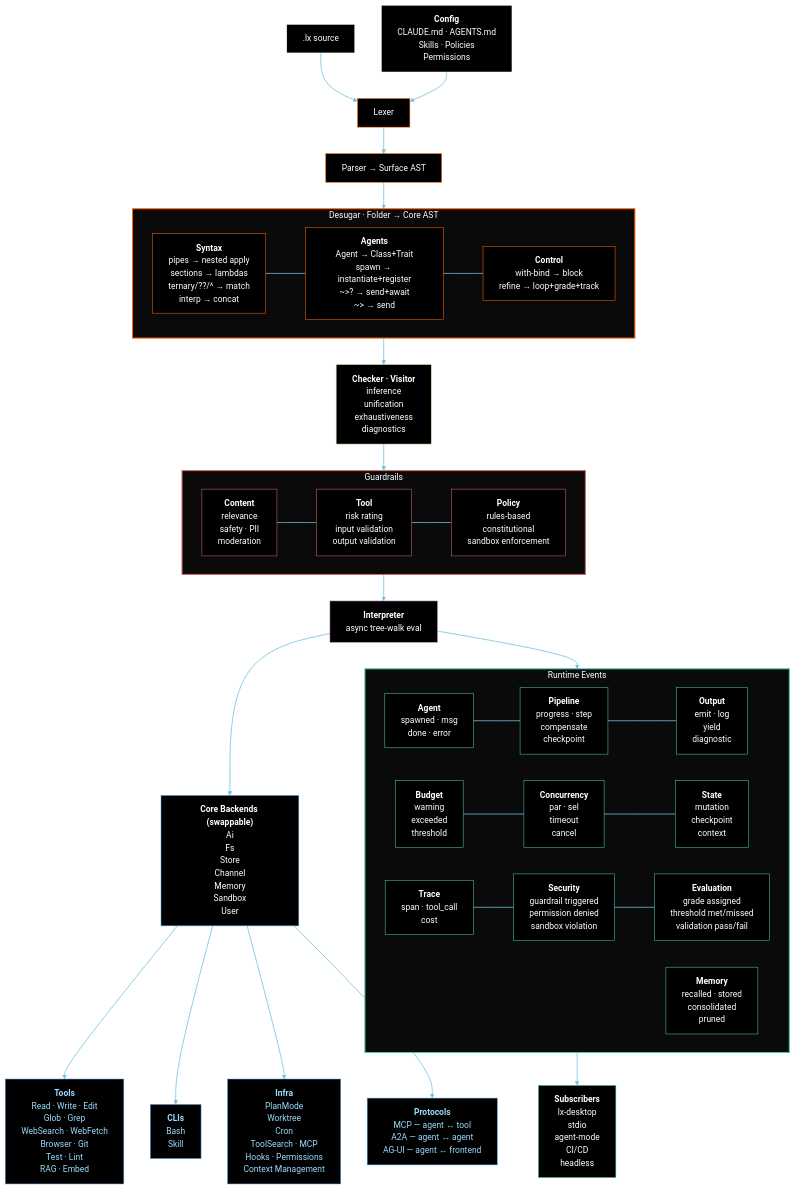
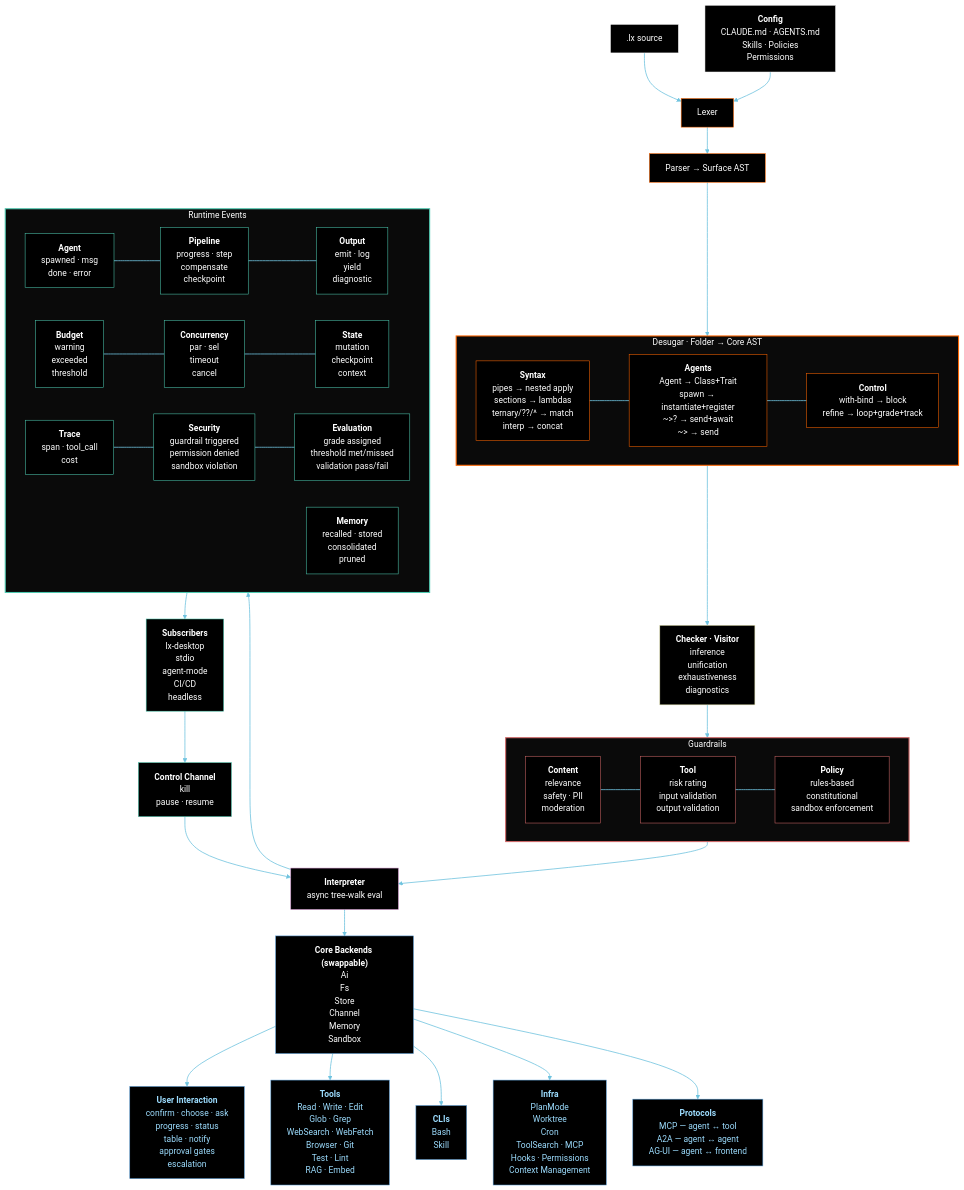
Before and after one commit to Distortedlogic/lx: the diagram in DIAGRAM.mmd, drawn with Mermaid. The commit also changed 41 other files, not shown here.

Commit message:
Update DIAGRAM.mmd, DIAGRAM.png, WORKFLOW.mmd, and 39 more files

```diff
--- a/DIAGRAM.mmd
+++ b/DIAGRAM.mmd
@@ -1,155 +1,166 @@
 graph TD
     source[".lx source"]:::white
     config["`**Config**
 CLAUDE.md · AGENTS.md
 Skills · Policies
 Permissions`"]:::white
     source --> lexer["Lexer"]:::orange
     config --> lexer
     lexer --> parser["Parser → Surface AST"]:::orange
     parser --> desugars
 
     subgraph desugars ["Desugar · Folder → Core AST"]
         direction LR
         ds_syntax["`**Syntax**
 pipes → nested apply
 sections → lambdas
 ternary/??/^ → match
 interp → concat`"]:::orange
         ds_agents["`**Agents**
 Agent → Class+Trait
 spawn → instantiate+register
 ~>? → send+await
 ~> → send`"]:::orange
         ds_control["`**Control**
 with-bind → block
 refine → loop+grade+track`"]:::orange
         ds_syntax ~~~ ds_agents ~~~ ds_control
     end
 
     desugars --> checker["`**Checker · Visitor**
 inference
 unification
 exhaustiveness
 diagnostics`"]:::yellow
     checker --> guardrails
 
     subgraph guardrails ["Guardrails"]
         direction LR
         gr_content["`**Content**
 relevance
 safety · PII
 moderation`"]:::red
         gr_tool["`**Tool**
 risk rating
 input validation
 output validation`"]:::red
         gr_policy["`**Policy**
 rules-based
 constitutional
 sandbox enforcement`"]:::red
         gr_content ~~~ gr_tool ~~~ gr_policy
     end
 
     guardrails --> interpreter["`**Interpreter**
 async tree-walk eval`"]:::purple
 
     interpreter --> backends["`**Core Backends (swappable)**
 Ai
 Fs
 Store
 Channel
 Memory
-Sandbox
-User`"]:::blue
+Sandbox`"]:::blue
     interpreter --> events
+
+    backends --> user["`**User Interaction**
+confirm · choose · ask
+progress · status
+table · notify
+approval gates
+escalation`"]:::bluelight
 
     subgraph events ["Runtime Events"]
         direction LR
         evt_agent["`**Agent**
 spawned · msg
 done · error`"]:::teal
         evt_pipeline["`**Pipeline**
 progress · step
 compensate
 checkpoint`"]:::teal
         evt_output["`**Output**
 emit · log
 yield
 diagnostic`"]:::teal
         evt_budget["`**Budget**
 warning
 exceeded
 threshold`"]:::teal
         evt_concurrency["`**Concurrency**
 par · sel
 timeout
 cancel`"]:::teal
         evt_state["`**State**
 mutation
 checkpoint
 context`"]:::teal
         evt_trace["`**Trace**
 span · tool_call
 cost`"]:::teal
         evt_security["`**Security**
 guardrail triggered
 permission denied
 sandbox violation`"]:::teal
         evt_eval["`**Evaluation**
 grade assigned
 threshold met/missed
 validation pass/fail`"]:::teal
         evt_memory["`**Memory**
 recalled · stored
 consolidated
 pruned`"]:::teal
         evt_agent ~~~ evt_pipeline ~~~ evt_output
         evt_budget ~~~ evt_concurrency ~~~ evt_state
         evt_trace ~~~ evt_security ~~~ evt_eval
     end
 
     backends --> tools["`**Tools**
 Read · Write · Edit
 Glob · Grep
 WebSearch · WebFetch
 Browser · Git
 Test · Lint
 RAG · Embed`"]:::bluelight
     backends --> clis["`**CLIs**
 Bash
 Skill`"]:::bluelight
     backends --> infra["`**Infra**
 PlanMode
 Worktree
 Cron
 ToolSearch · MCP
 Hooks · Permissions
 Context Management`"]:::bluelight
 
     backends --> protocols["`**Protocols**
 MCP — agent ↔ tool
 A2A — agent ↔ agent
 AG-UI — agent ↔ frontend`"]:::bluelight
 
     events --> subs["`**Subscribers**
 lx-desktop
 stdio
 agent-mode
 CI/CD
 headless`"]:::teal
 
+    subs --> control["`**Control Channel**
+kill
+pause · resume`"]:::teal
+    control --> interpreter
+
     classDef white fill:#000,stroke:#fff,color:#fff
     classDef orange fill:#000,stroke:#ff6600,color:#fff
     classDef yellow fill:#000,stroke:#dcdcaa,color:#fff
     classDef red fill:#000,stroke:#d16969,color:#fff
     classDef purple fill:#000,stroke:#c586c0,color:#fff
     classDef blue fill:#000,stroke:#569cd6,color:#fff
     classDef bluelight fill:#000,stroke:#569cd6,color:#9cdcfe
     classDef teal fill:#000,stroke:#4ec9b0,color:#fff
 
     style desugars fill:#0a0a0a,stroke:#ff6600,color:#fff,stroke-width:2px
     style guardrails fill:#0a0a0a,stroke:#d16969,color:#fff,stroke-width:2px
     style events fill:#0a0a0a,stroke:#4ec9b0,color:#fff,stroke-width:2px
 
     linkStyle default stroke:#6fc3df,stroke-width:1.5px
```
